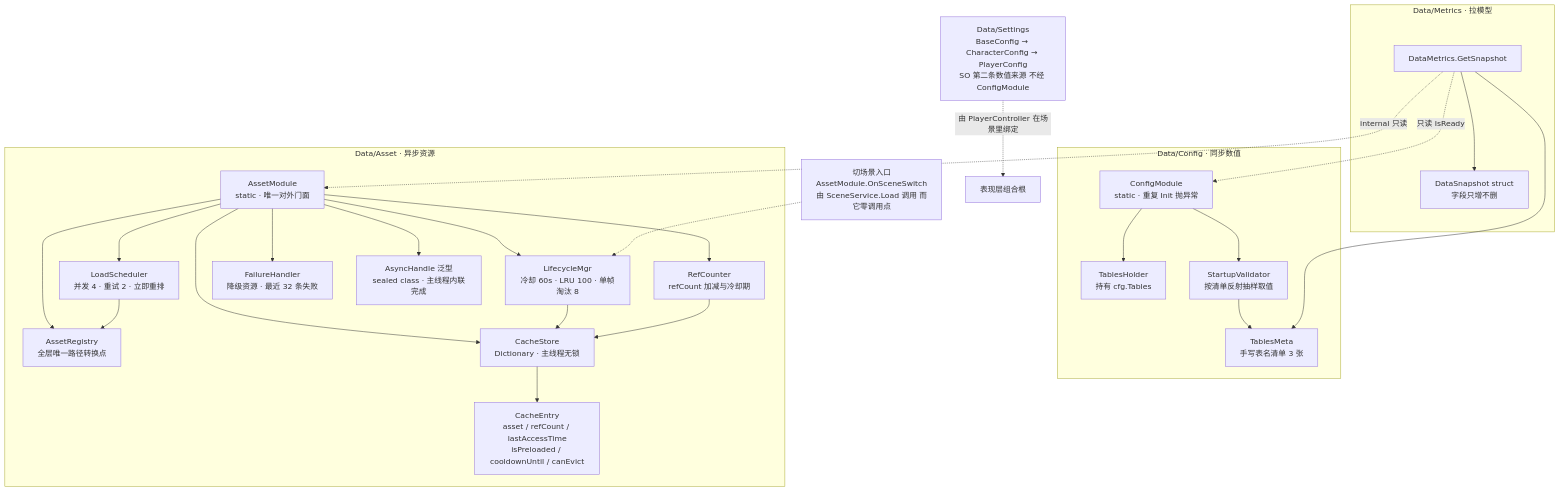
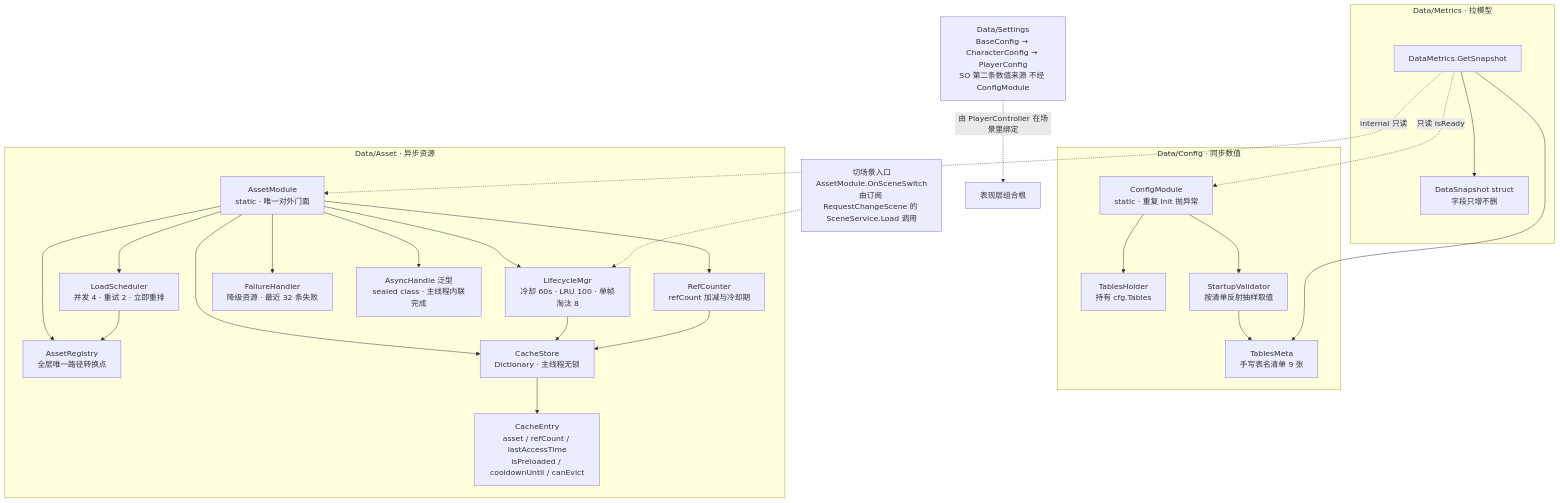
The second of 16 diagrams in Docs/框架设计/架构图集.md (5FYZhou/deepseaoil), drawn with Mermaid before and after one commit. The commit also changed other lines of this file and 152 other files, not shown here.

````diff
--- a/Docs/框架设计/架构图集.md
+++ b/Docs/框架设计/架构图集.md
@@ -78,46 +78,46 @@
 ```mermaid
 flowchart TD
   subgraph CFG["Data/Config · 同步数值"]
     CM["ConfigModule<br/>static · 重复 Init 抛异常"]
     TH["TablesHolder<br/>持有 cfg.Tables"]
     SV["StartupValidator<br/>按清单反射抽样取值"]
-    TM["TablesMeta<br/>手写表名清单 3 张"]
+    TM["TablesMeta<br/>手写表名清单 9 张"]
   end
   subgraph AST["Data/Asset · 异步资源"]
     AM["AssetModule<br/>static · 唯一对外门面"]
     AR["AssetRegistry<br/>全层唯一路径转换点"]
     CS["CacheStore<br/>Dictionary · 主线程无锁"]
     CE["CacheEntry<br/>asset / refCount / lastAccessTime<br/>isPreloaded / cooldownUntil / canEvict"]
     RC["RefCounter<br/>refCount 加减与冷却期"]
     LS["LoadScheduler<br/>并发 4 · 重试 2 · 立即重排"]
     LM["LifecycleMgr<br/>冷却 60s · LRU 100 · 单帧淘汰 8"]
     FH["FailureHandler<br/>降级资源 · 最近 32 条失败"]
     AH["AsyncHandle 泛型<br/>sealed class · 主线程内联完成"]
   end
   subgraph MET["Data/Metrics · 拉模型"]
     DM["DataMetrics.GetSnapshot"]
     DS["DataSnapshot struct<br/>字段只增不删"]
   end
   SET["Data/Settings<br/>BaseConfig → CharacterConfig → PlayerConfig<br/>SO 第二条数值来源 不经 ConfigModule"]
-  SC["切场景入口<br/>AssetModule.OnSceneSwitch<br/>由 SceneService.Load 调用 而它零调用点"]
+  SC["切场景入口<br/>AssetModule.OnSceneSwitch<br/>由订阅 RequestChangeScene 的 SceneService.Load 调用"]
   CM --> TH
   CM --> SV
   SV --> TM
   DM --> TM
   AM --> AR
   AM --> CS
   AM --> RC
   AM --> LS
   AM --> LM
   AM --> FH
   AM --> AH
   CS --> CE
   LS --> AR
   LM --> CS
   RC --> CS
   DM --> DS
   DM -.->|"internal 只读"| AM
   DM -.->|"只读 IsReady"| CM
   SC -.-> LM
   SET -.->|"由 PlayerController 在场景里绑定"| PC["表现层组合根"]
 ```
````
